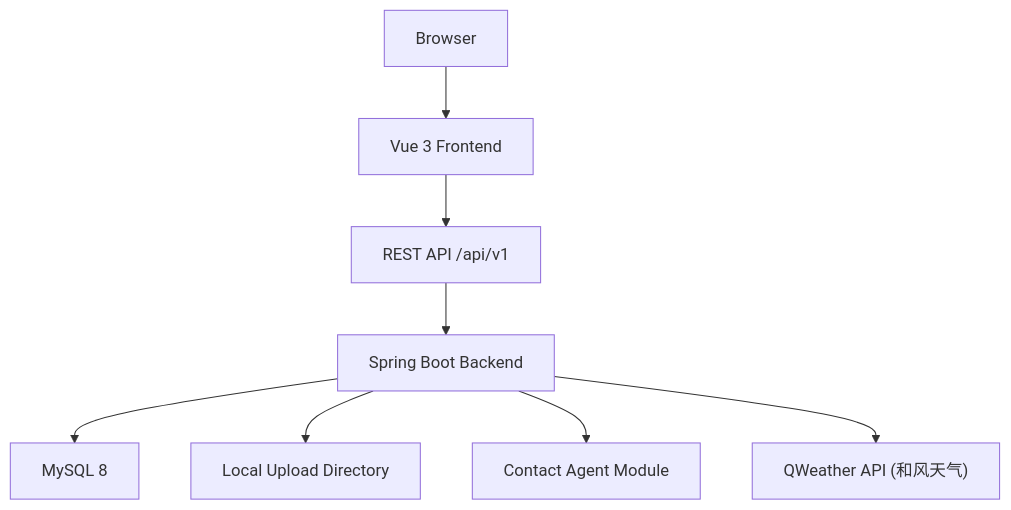
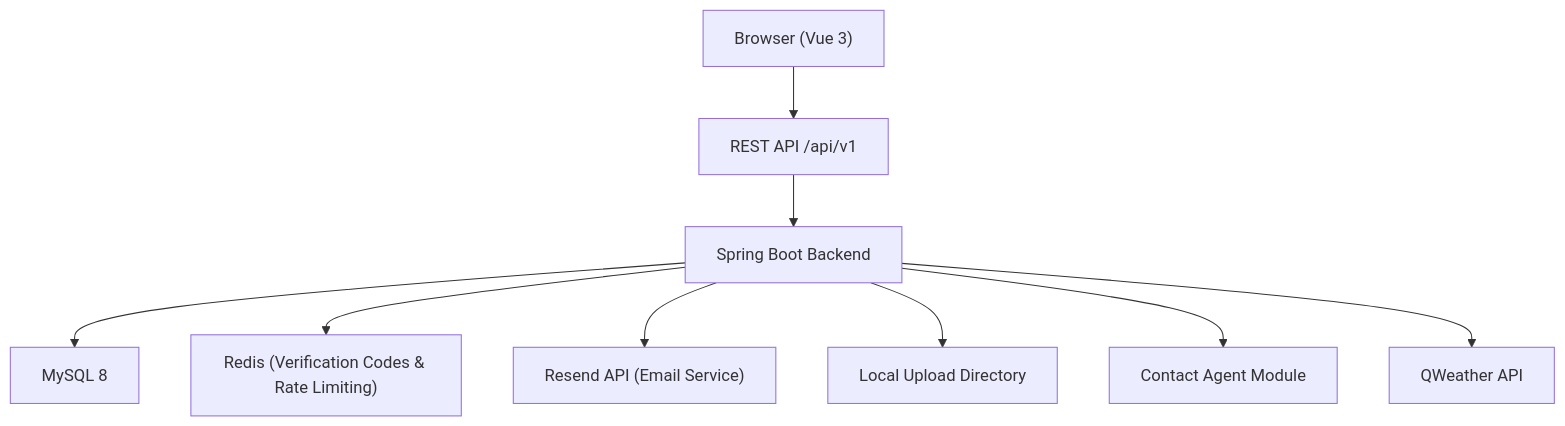
Before and after one commit to weiqiang612/Personal-CRM-Intelligent-Contact-Management-Platform: the diagram in docs/2-designs/architecture.md, drawn with Mermaid. The commit also changed other lines of this file and 36 other files, not shown here.

Commit message:
feat: implement full authentication system including registration, email verification, login, and profile management

````diff
--- a/docs/2-designs/architecture.md
+++ b/docs/2-designs/architecture.md
@@ -12,10 +12,11 @@
 ```mermaid
 flowchart TD
-    Browser["Browser"] --> Frontend["Vue 3 Frontend"]
-    Frontend --> Api["REST API /api/v1"]
+    Browser["Browser (Vue 3)"] --> Api["REST API /api/v1"]
     Api --> Backend["Spring Boot Backend"]
     Backend --> Mysql["MySQL 8"]
+    Backend --> Redis["Redis (Verification Codes & Rate Limiting)"]
+    Backend --> Resend["Resend API (Email Service)"]
     Backend --> Upload["Local Upload Directory"]
     Backend --> Agent["Contact Agent Module"]
-    Backend --> QWeather["QWeather API (和风天气)"]
+    Backend --> QWeather["QWeather API"]
 ```
````
